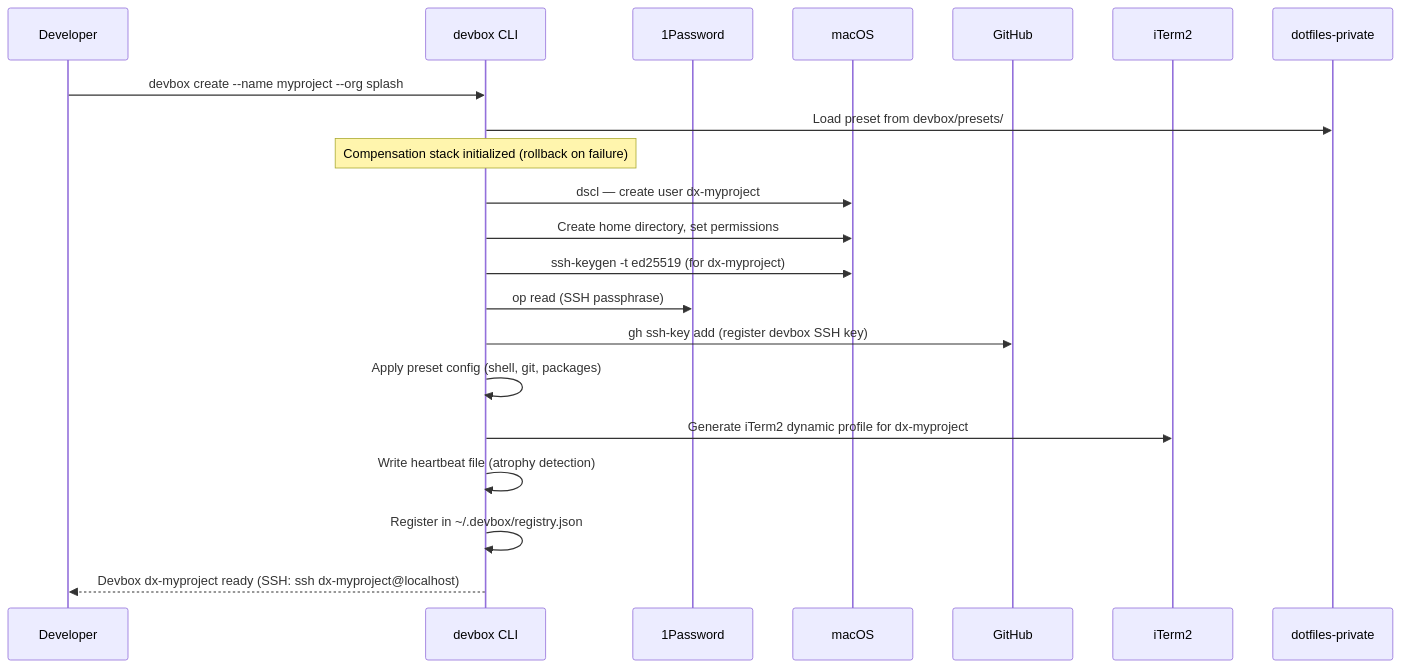
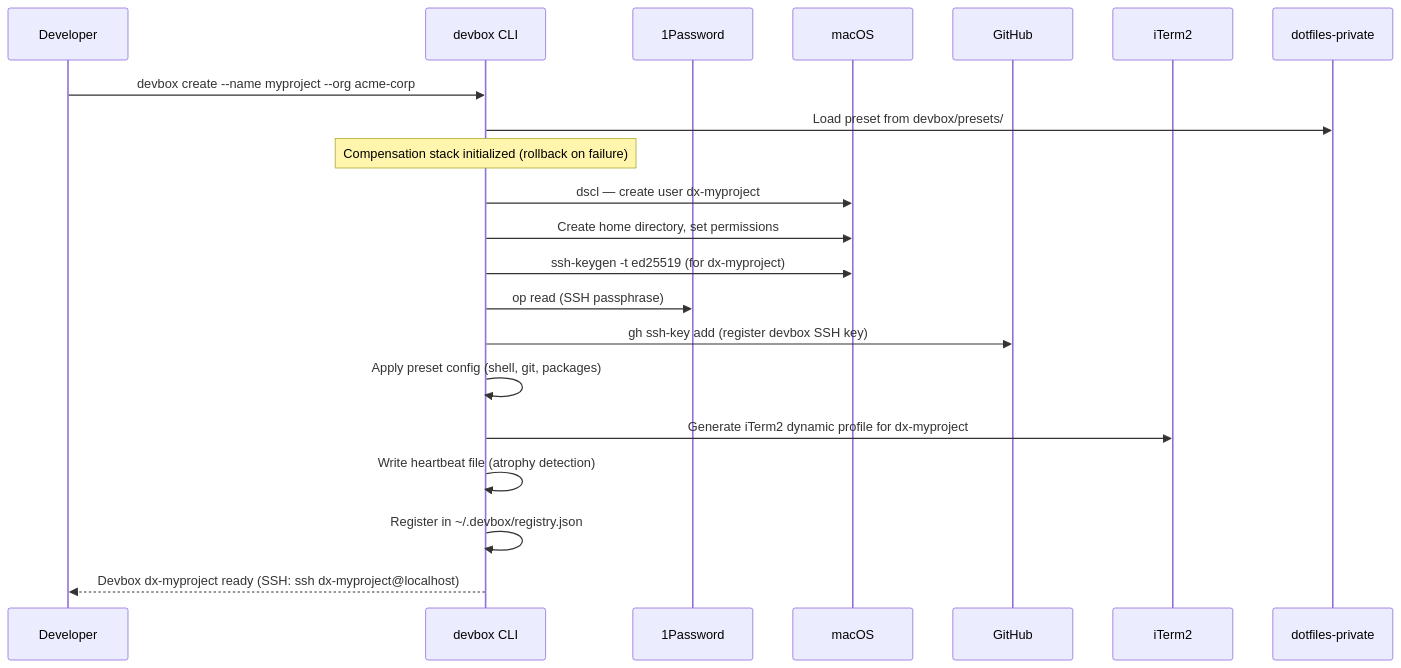
One commit to oakensoul/dotfiles changed the sixth of 7 diagrams in docs/architecture/README.md. Above: the diagram before and after it, drawn with Mermaid. The commit also changed other lines of this file and 3 other files, not shown here.

````diff
--- a/docs/architecture/README.md
+++ b/docs/architecture/README.md
@@ -245,30 +248,30 @@
 ```mermaid
 sequenceDiagram
     participant Dev as Developer
     participant DB as devbox CLI
     participant OP as 1Password
     participant macOS as macOS
     participant GH as GitHub
     participant IT as iTerm2
     participant Priv as dotfiles-private
 
-    Dev->>DB: devbox create --name myproject --org splash
+    Dev->>DB: devbox create --name myproject --org acme-corp
     DB->>Priv: Load preset from devbox/presets/
 
     Note over DB: Compensation stack initialized (rollback on failure)
 
     DB->>macOS: dscl — create user dx-myproject
     DB->>macOS: Create home directory, set permissions
 
     DB->>macOS: ssh-keygen -t ed25519 (for dx-myproject)
     DB->>OP: op read (SSH passphrase)
     DB->>GH: gh ssh-key add (register devbox SSH key)
 
     DB->>DB: Apply preset config (shell, git, packages)
     DB->>IT: Generate iTerm2 dynamic profile for dx-myproject
 
     DB->>DB: Write heartbeat file (atrophy detection)
     DB->>DB: Register in ~/.devbox/registry.json
 
     DB-->>Dev: Devbox dx-myproject ready (SSH: ssh dx-myproject@localhost)
 ```
````
